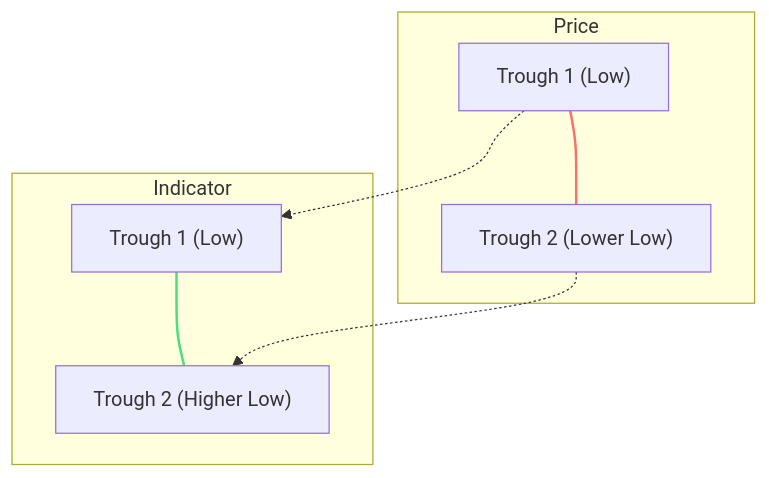
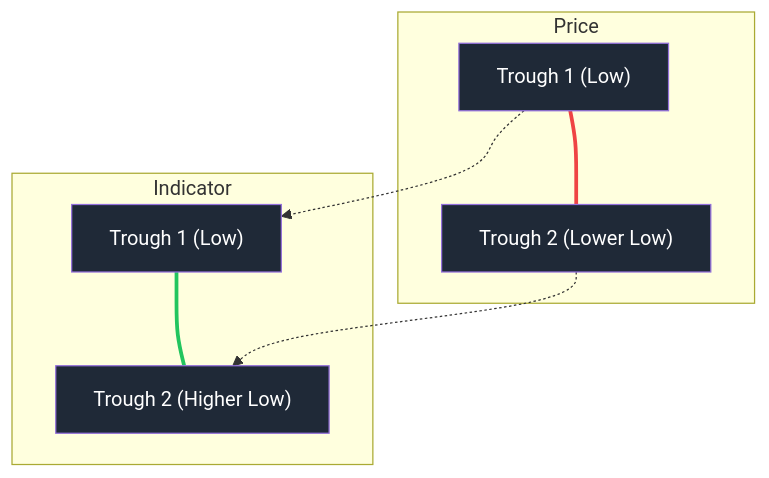
The third of 3 diagrams in docs/divergence_algorithm.md (rightedges/stockintelligence), drawn with Mermaid before and after one commit. The commit also changed other lines of this file, not shown here.

Commit message:
Docs: Improved Mermaid diagram contrast for better readability

````diff
--- a/docs/divergence_algorithm.md
+++ b/docs/divergence_algorithm.md
@@ -53,13 +57,17 @@
 ```mermaid
 graph TD
     subgraph Price
     T1["Trough 1 (Low)"] --- T2["Trough 2 (Lower Low)"]
     end
     subgraph Indicator
     V1["Trough 1 (Low)"] --- V2["Trough 2 (Higher Low)"]
     end
     T1 -.-> V1
     T2 -.-> V2
-    linkStyle 0 stroke:#f87171,stroke-width:2px;
-    linkStyle 1 stroke:#4ade80,stroke-width:2px;
+    style T1 fill:#1f2937,color:#fff
+    style T2 fill:#1f2937,color:#fff
+    style V1 fill:#1f2937,color:#fff
+    style V2 fill:#1f2937,color:#fff
+    linkStyle 0 stroke:#ef4444,stroke-width:3px;
+    linkStyle 1 stroke:#22c55e,stroke-width:3px;
 ```
````
